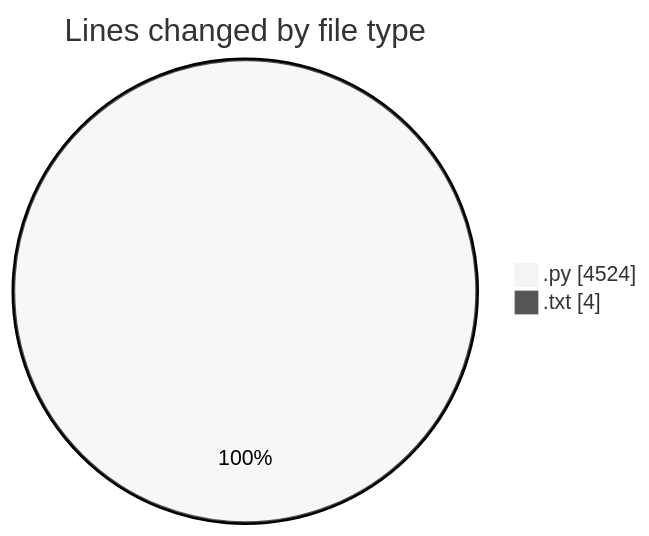
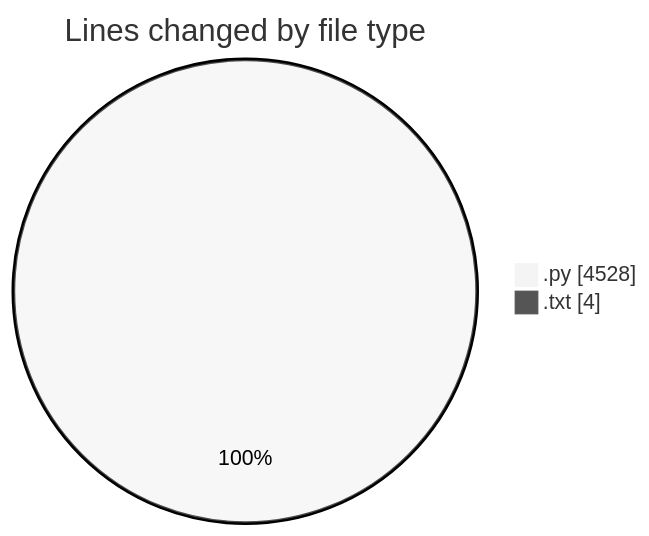
Before and after one commit to CELIANVF/code-tracking: the first of 2 diagrams in 2025-06-01/video_app/README.md, drawn with Mermaid (neutral theme). The commit also changed other lines of this file and 1 other file, not shown here.

````diff
--- a/2025-06-01/video_app/README.md
+++ b/2025-06-01/video_app/README.md
@@ -29,6 +29,6 @@
 ```mermaid
 pie showData
 title Lines changed by file type
-".py" : 4524
+".py" : 4528
 ".txt" : 4
 ```
````
